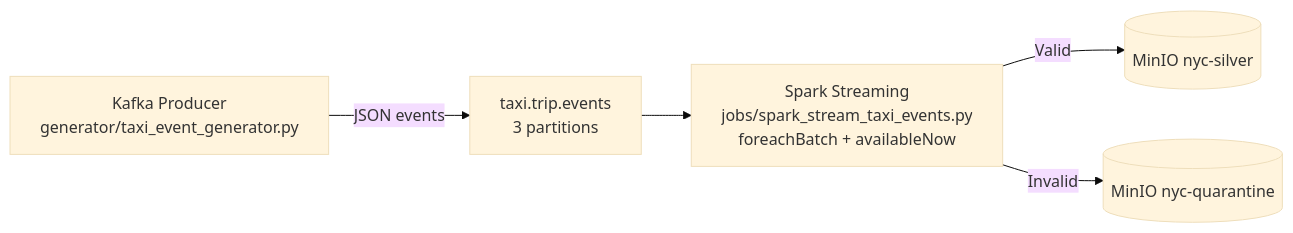
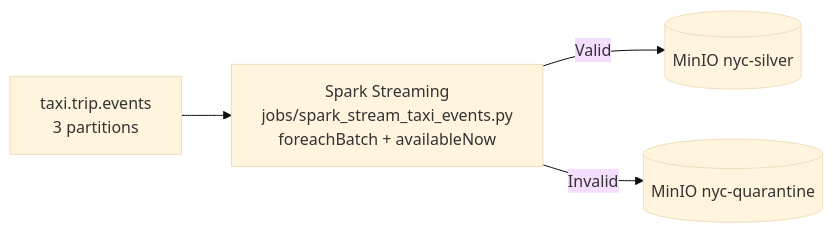
The fourth of 6 diagrams in GUIDE.md (DawieMalmsteel/nyc_new), drawn with Mermaid (base theme) before and after one commit. The commit also changed other lines of this file and 9 other files, not shown here.

First line of the commit message:
Remove Kafka Producer (generator/) — Spark Batch already handles parquet

````diff
--- a/GUIDE.md
+++ b/GUIDE.md
@@ -306,7 +301,6 @@
 ```mermaid
 flowchart LR
-    Gen[Kafka Producer<br/>generator/taxi_event_generator.py] -->|JSON events| T[taxi.trip.events<br/>3 partitions]
-    T --> SS[Spark Streaming<br/>jobs/spark_stream_taxi_events.py<br/>foreachBatch + availableNow]
+    T[taxi.trip.events<br/>3 partitions] --> SS[Spark Streaming<br/>jobs/spark_stream_taxi_events.py<br/>foreachBatch + availableNow]
     SS -->|Valid| S[(MinIO nyc-silver)]
     SS -->|Invalid| Q[(MinIO nyc-quarantine)]
 ```
````
